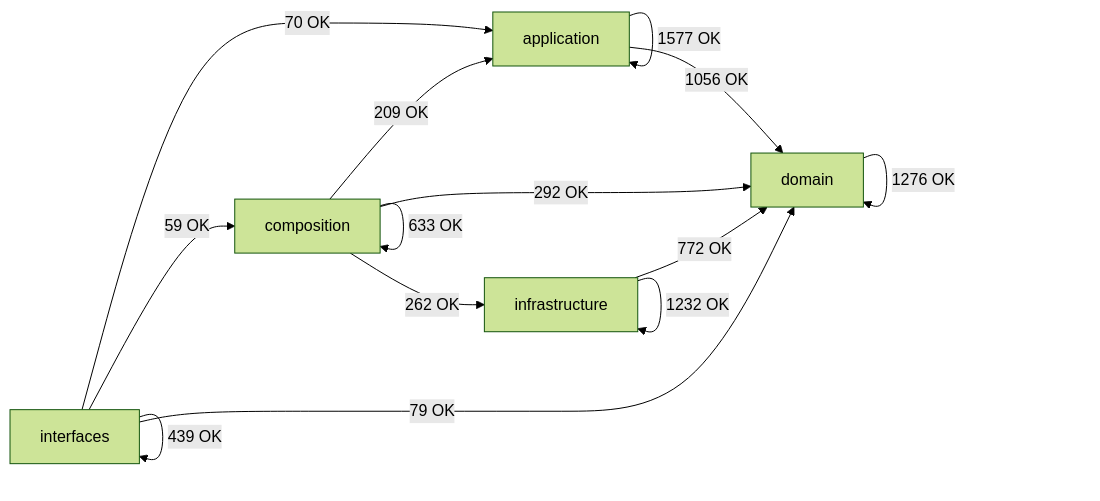
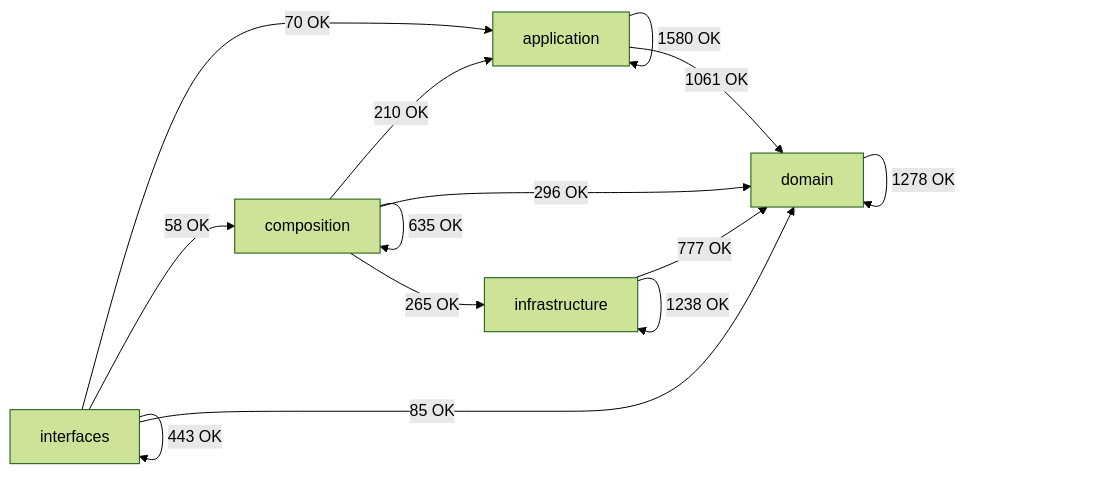
The diagram in docs/02-architecture/generated/module-dependency-map.md (SatoryKono/BioactivityDataAcquisition), drawn with Mermaid (forest theme) before and after one commit. The commit also changed other lines of this file and 69 other files, not shown here.

````diff
--- a/docs/02-architecture/generated/module-dependency-map.md
+++ b/docs/02-architecture/generated/module-dependency-map.md
@@ -17,21 +17,21 @@
 ```mermaid
 flowchart LR
     domain[domain]
     application[application]
     infrastructure[infrastructure]
     composition[composition]
     interfaces[interfaces]
-    application -->|1577 OK| application
-    application -->|1056 OK| domain
-    composition -->|209 OK| application
-    composition -->|633 OK| composition
-    composition -->|292 OK| domain
-    composition -->|262 OK| infrastructure
-    domain -->|1276 OK| domain
-    infrastructure -->|772 OK| domain
-    infrastructure -->|1232 OK| infrastructure
+    application -->|1580 OK| application
+    application -->|1061 OK| domain
+    composition -->|210 OK| application
+    composition -->|635 OK| composition
+    composition -->|296 OK| domain
+    composition -->|265 OK| infrastructure
+    domain -->|1278 OK| domain
+    infrastructure -->|777 OK| domain
+    infrastructure -->|1238 OK| infrastructure
     interfaces -->|70 OK| application
-    interfaces -->|59 OK| composition
-    interfaces -->|79 OK| domain
-    interfaces -->|439 OK| interfaces
+    interfaces -->|58 OK| composition
+    interfaces -->|85 OK| domain
+    interfaces -->|443 OK| interfaces
 ```
````
